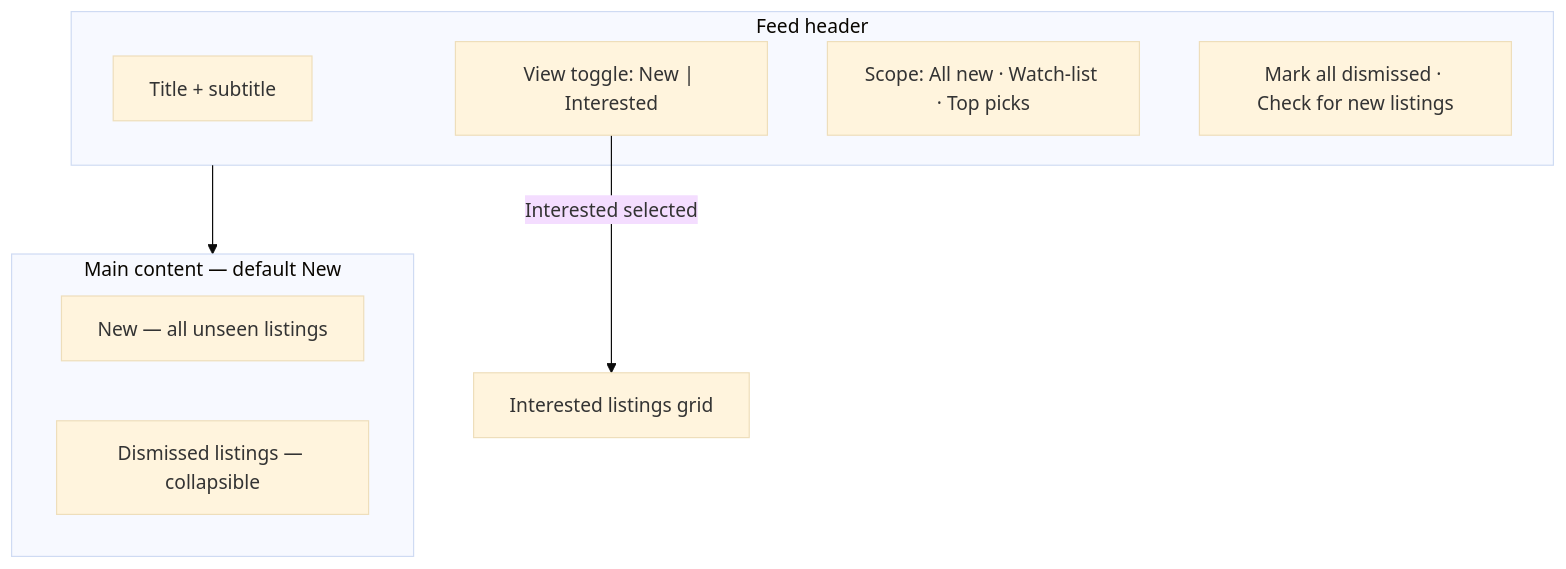
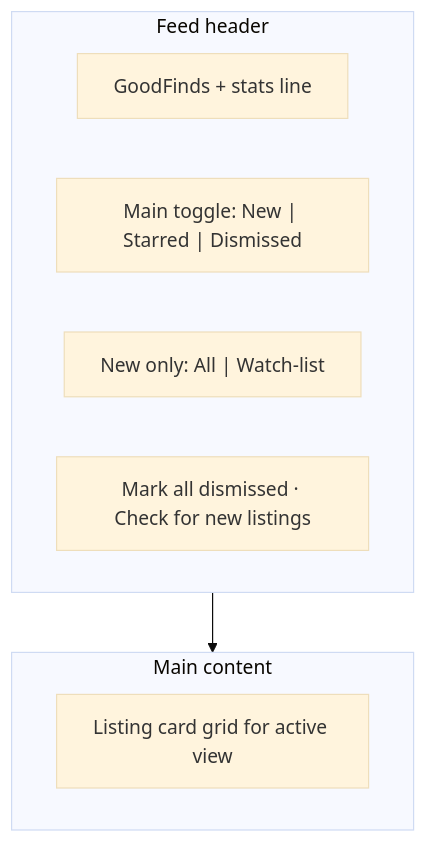
The diagram in .cursor/docs/vintage-timex-watches-feed.md (Jolien-Product-Manager/GoodFinds2.0), drawn with Mermaid (base theme) before and after one commit. The commit also changed other lines of this file and 18 other files, not shown here.

First line of the commit message:
Fix hunt Watch-list matching, gender gates, and marketplace ingestion.

````diff
--- a/.cursor/docs/vintage-timex-watches-feed.md
+++ b/.cursor/docs/vintage-timex-watches-feed.md
@@ -37,15 +35,13 @@
 ```mermaid
 flowchart TB
   subgraph header [Feed header]
-    Title[Title + subtitle]
-    ViewToggle["View toggle: New | Interested"]
-    ScopeChips["Scope: All new · Watch-list · Top picks"]
+    Title["GoodFinds + stats line"]
+    MainToggle["Main toggle: New | Starred | Dismissed"]
+    ScopeChips["New only: All | Watch-list"]
     Actions["Mark all dismissed · Check for new listings"]
   end
-  subgraph body [Main content — default New]
-    NewSection["New — all unseen listings"]
-    DismissedSection["Dismissed listings — collapsible"]
+  subgraph body [Main content]
+    Grid["Listing card grid for active view"]
   end
   header --> body
-  ViewToggle -->|Interested selected| InterestedGrid["Interested listings grid"]
 ```
````
